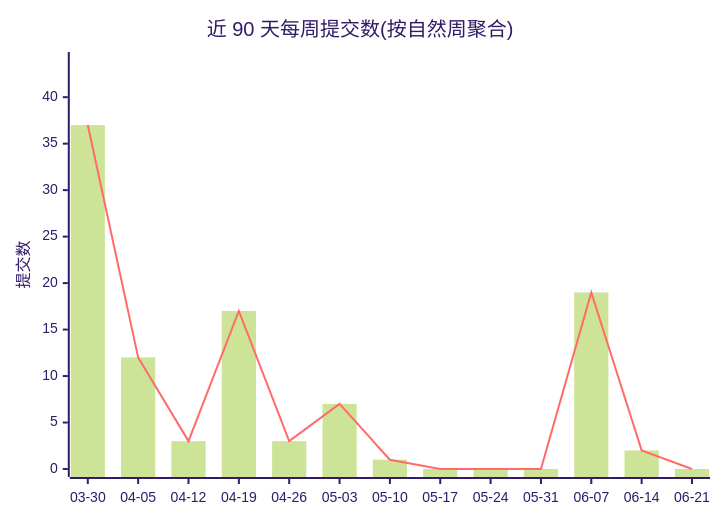
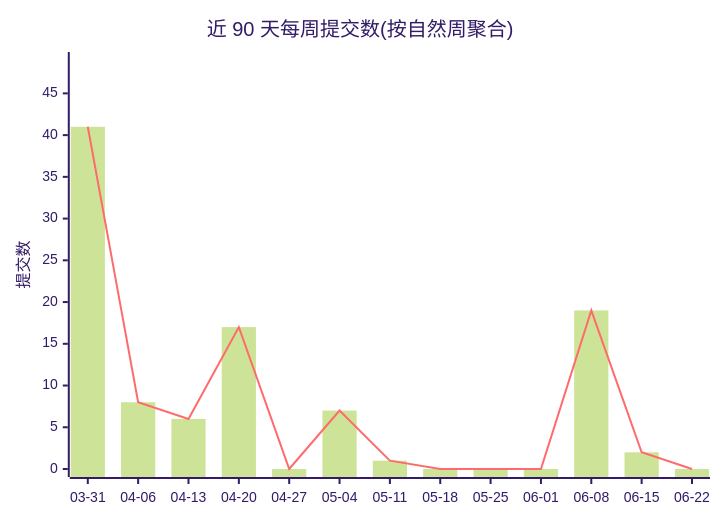
The first of 2 diagrams in profile/README.md (Conflux-Union/.github), drawn with Mermaid (forest theme) before and after one commit. The commit also changed other lines of this file and 1 other file, not shown here.

Commit message:
chore(stats): refresh org commit stats

````diff
--- a/profile/README.md
+++ b/profile/README.md
@@ -44,8 +44,8 @@
 ```mermaid
 xychart-beta
     title "近 90 天每周提交数(按自然周聚合)"
-    x-axis ["03-30", "04-05", "04-12", "04-19", "04-26", "05-03", "05-10", "05-17", "05-24", "05-31", "06-07", "06-14", "06-21"]
-    y-axis "提交数" 0 --> 44
-    bar [37, 12, 3, 17, 3, 7, 1, 0, 0, 0, 19, 2, 0]
-    line [37, 12, 3, 17, 3, 7, 1, 0, 0, 0, 19, 2, 0]
+    x-axis ["03-31", "04-06", "04-13", "04-20", "04-27", "05-04", "05-11", "05-18", "05-25", "06-01", "06-08", "06-15", "06-22"]
+    y-axis "提交数" 0 --> 49
+    bar [41, 8, 6, 17, 0, 7, 1, 0, 0, 0, 19, 2, 0]
+    line [41, 8, 6, 17, 0, 7, 1, 0, 0, 0, 19, 2, 0]
 ```
````
